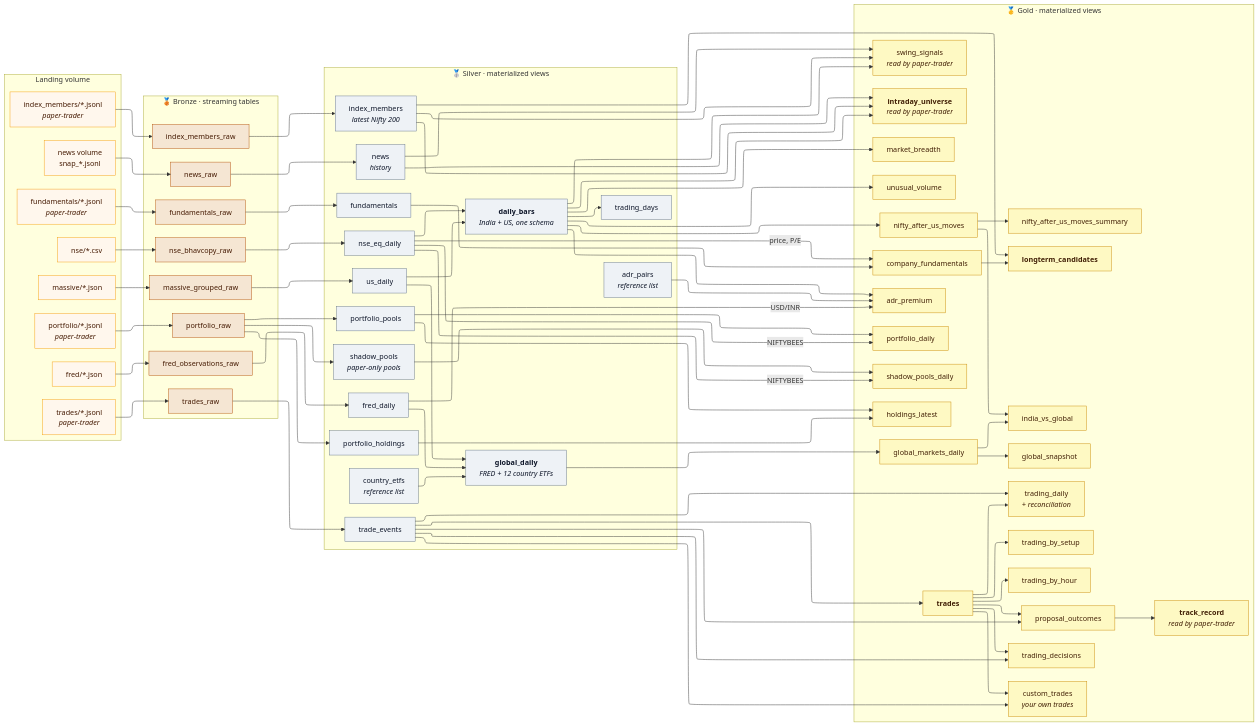
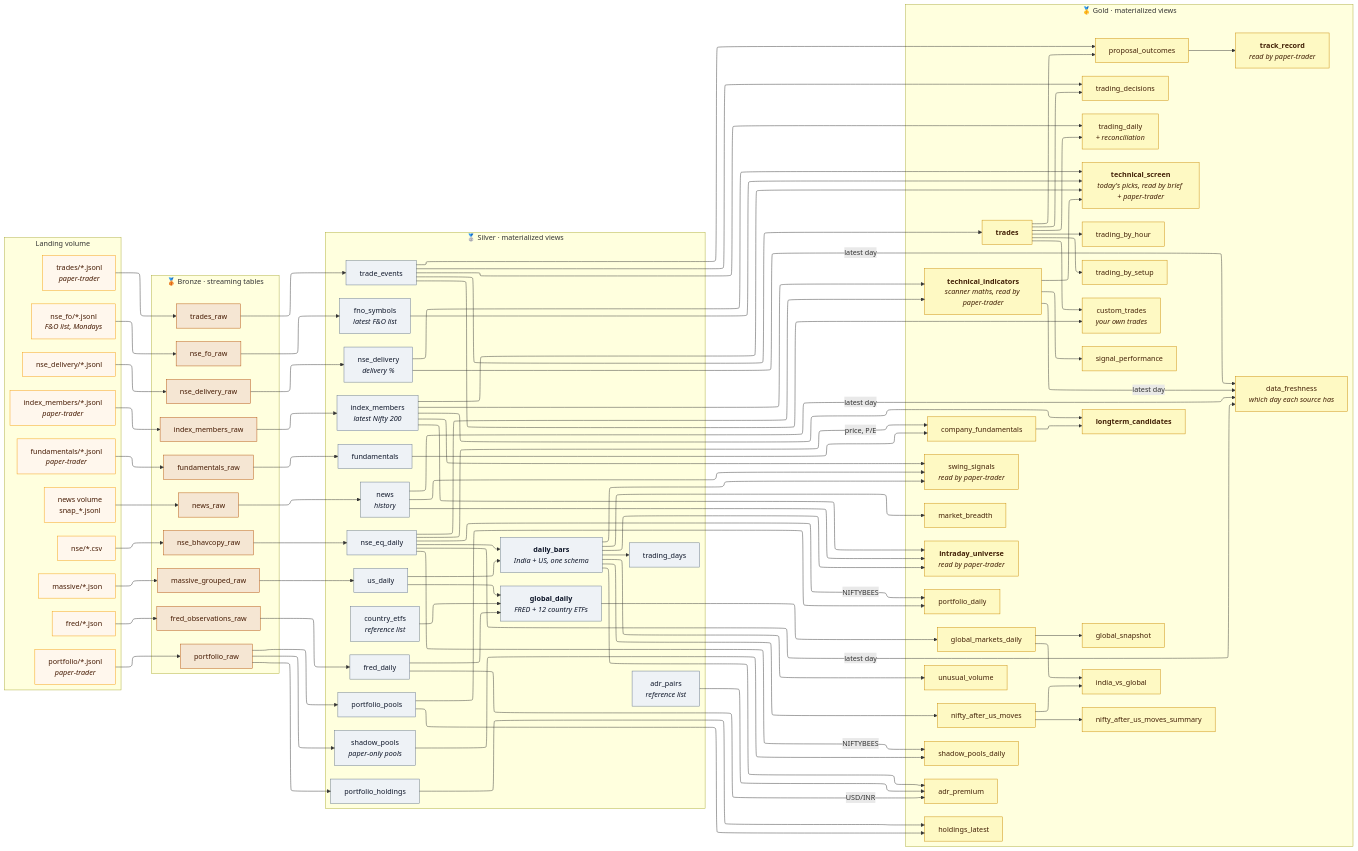
The diagram in docs/diagrams/03_lineage.mmd (bumblebee26/stocks_lakehouse), drawn with Mermaid before and after one commit. The commit also changed 15 other files, not shown here.

First line of the commit message:
Docs: scanner tables, delivery and F&O fetchers, news sources, freshness messages in lineage, data model, troubleshooting, diagrams (#44)

```diff
--- a/docs/diagrams/03_lineage.mmd
+++ b/docs/diagrams/03_lineage.mmd
@@ -1,133 +1,153 @@
 ---
 config:
   layout: elk
   elk:
     mergeEdges: false
     nodePlacementStrategy: NETWORK_SIMPLEX
 ---
 flowchart LR
     subgraph LAND["Landing volume"]
         direction TB
         LN["nse/*.csv"]
+        LD["nse_delivery/*.jsonl"]
+        LO["nse_fo/*.jsonl<br/><i>F&amp;O list, Mondays</i>"]
         LM["massive/*.json"]
         LF["fred/*.json"]
         LT["trades/*.jsonl<br/><i>paper-trader</i>"]
         LP["portfolio/*.jsonl<br/><i>paper-trader</i>"]
         LU["fundamentals/*.jsonl<br/><i>paper-trader</i>"]
         LI["index_members/*.jsonl<br/><i>paper-trader</i>"]
         LW["news volume<br/>snap_*.jsonl"]
     end
 
     subgraph B["🥉 Bronze · streaming tables"]
         direction TB
         B1["nse_bhavcopy_raw"]
         B2["massive_grouped_raw"]
         B3["fred_observations_raw"]
         B4["trades_raw"]
         B5["portfolio_raw"]
         B6["fundamentals_raw"]
         B7["index_members_raw"]
         B8["news_raw"]
+        B9["nse_delivery_raw"]
+        B10["nse_fo_raw"]
     end
 
     subgraph S["🥈 Silver · materialized views"]
         direction TB
         S1["nse_eq_daily"]
         S2["us_daily"]
         S3["<b>daily_bars</b><br/><i>India + US, one schema</i>"]
         S4["trading_days"]
         S5["fred_daily"]
         S6["<b>global_daily</b><br/><i>FRED + 12 country ETFs</i>"]
         S7["trade_events"]
         S8["portfolio_pools"]
         S9["portfolio_holdings"]
         S10["fundamentals"]
         S11["index_members<br/><i>latest Nifty 200</i>"]
         S12["news<br/><i>history</i>"]
         S13["country_etfs<br/><i>reference list</i>"]
         S14["adr_pairs<br/><i>reference list</i>"]
         S15["shadow_pools<br/><i>paper-only pools</i>"]
+        S16["nse_delivery<br/><i>delivery %</i>"]
+        S17["fno_symbols<br/><i>latest F&amp;O list</i>"]
     end
 
     subgraph G["🥇 Gold · materialized views"]
         direction TB
         G1["unusual_volume"]
         G2["market_breadth"]
         G3["nifty_after_us_moves"]
         G4["nifty_after_us_moves_summary"]
         G5["adr_premium"]
         G6["global_markets_daily"]
         G7["global_snapshot"]
         G8["india_vs_global"]
         G9["<b>trades</b>"]
         G10["trading_daily<br/><i>+ reconciliation</i>"]
         G11["trading_by_setup"]
         G12["trading_by_hour"]
         G13["trading_decisions"]
         G14["portfolio_daily"]
         G15["holdings_latest"]
         G16["company_fundamentals"]
         G17["<b>longterm_candidates</b>"]
         G18["proposal_outcomes"]
         G19["<b>track_record</b><br/><i>read by paper-trader</i>"]
         G20["custom_trades<br/><i>your own trades</i>"]
         G21["<b>intraday_universe</b><br/><i>read by paper-trader</i>"]
         G22["swing_signals<br/><i>read by paper-trader</i>"]
         G23["shadow_pools_daily"]
+        G24["<b>technical_indicators</b><br/><i>scanner maths, read by paper-trader</i>"]
+        G25["<b>technical_screen</b><br/><i>today's picks, read by brief + paper-trader</i>"]
+        G26["signal_performance"]
+        G27["data_freshness<br/><i>which day each source has</i>"]
     end
 
     LN --> B1 --> S1 --> S3
     LM --> B2 --> S2 --> S3
     LF --> B3 --> S5 --> S6
     S2 --> S6
     S13 --> S6
     S3 --> S4
     S3 --> G1
     S3 --> G2
     S3 --> G3 --> G4
     S3 --> G5
     S14 --> G5
     S5 -- "USD/INR" --> G5
     S6 --> G6 --> G7
     G6 --> G8
     G3 --> G8
     LT --> B4 --> S7 --> G9
     G9 --> G10
     S7 --> G10
     G9 --> G11
     G9 --> G12
     G9 --> G13
     S7 --> G13
     S7 --> G18
     G9 --> G18 --> G19
     LP --> B5
     B5 --> S8
     B5 --> S9
     S8 --> G14
     S1 -- "NIFTYBEES" --> G14
     S9 --> G15
     S8 --> G15
     LU --> B6 --> S10 --> G16
     S1 -- "price, P/E" --> G16
     LI --> B7 --> S11 --> G17
     G16 --> G17
     LW --> B8 --> S12
     G9 --> G20
     S7 --> G20
     B5 --> S15 --> G23
     S1 -- "NIFTYBEES" --> G23
     S3 --> G21
     S11 --> G21
     S12 --> G21
     S3 --> G22
     S11 --> G22
     S12 --> G22
+    LD --> B9 --> S16
+    LO --> B10 --> S17
+    S1 --> G24
+    S11 --> G24
+    G24 --> G25
+    S11 --> G25
+    S16 --> G25
+    S17 --> G25
+    G24 --> G26
+    S1 & S16 & S12 & G24 -- "latest day" --> G27
 
     classDef land fill:#fff7ed,stroke:#f59e0b,color:#451a03
     classDef bronze fill:#f5e6d3,stroke:#b45309,color:#451a03
     classDef silver fill:#eef2f6,stroke:#64748b,color:#0f172a
     classDef gold fill:#fef9c3,stroke:#ca8a04,color:#422006
-    class LN,LM,LF,LT,LP,LU,LI,LW land
-    class B1,B2,B3,B4,B5,B6,B7,B8 bronze
-    class S1,S2,S3,S4,S5,S6,S7,S8,S9,S10,S11,S12,S13,S14,S15 silver
-    class G1,G2,G3,G4,G5,G6,G7,G8,G9,G10,G11,G12,G13,G14,G15,G16,G17,G18,G19,G20,G21,G22,G23 gold
+    class LN,LD,LO,LM,LF,LT,LP,LU,LI,LW land
+    class B1,B2,B3,B4,B5,B6,B7,B8,B9,B10 bronze
+    class S1,S2,S3,S4,S5,S6,S7,S8,S9,S10,S11,S12,S13,S14,S15,S16,S17 silver
+    class G1,G2,G3,G4,G5,G6,G7,G8,G9,G10,G11,G12,G13,G14,G15,G16,G17,G18,G19,G20,G21,G22,G23,G24,G25,G26,G27 gold
```
